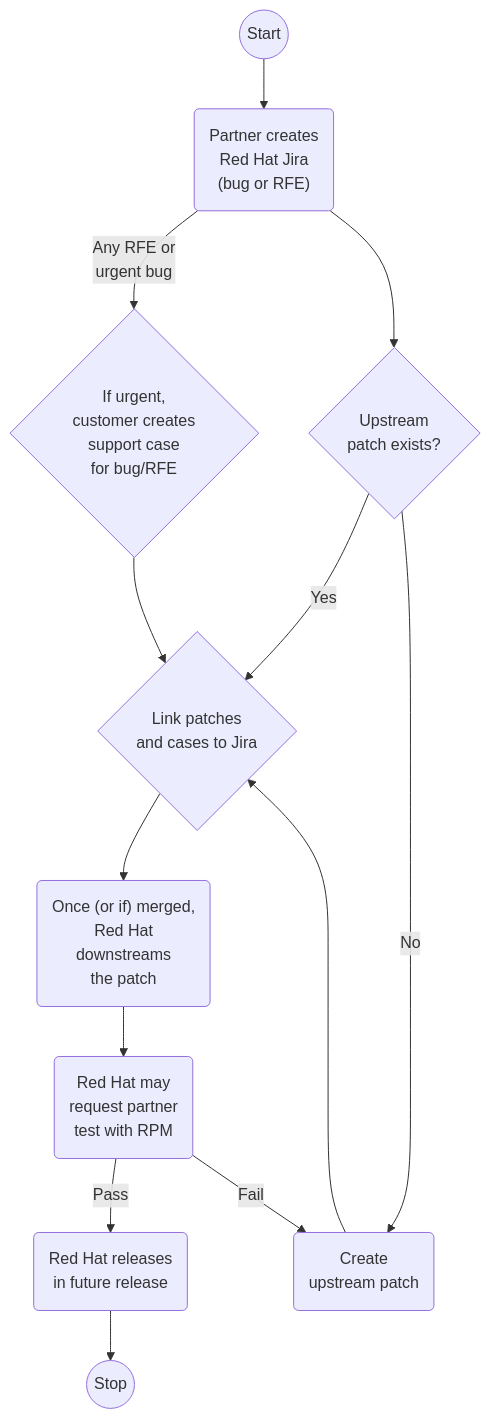
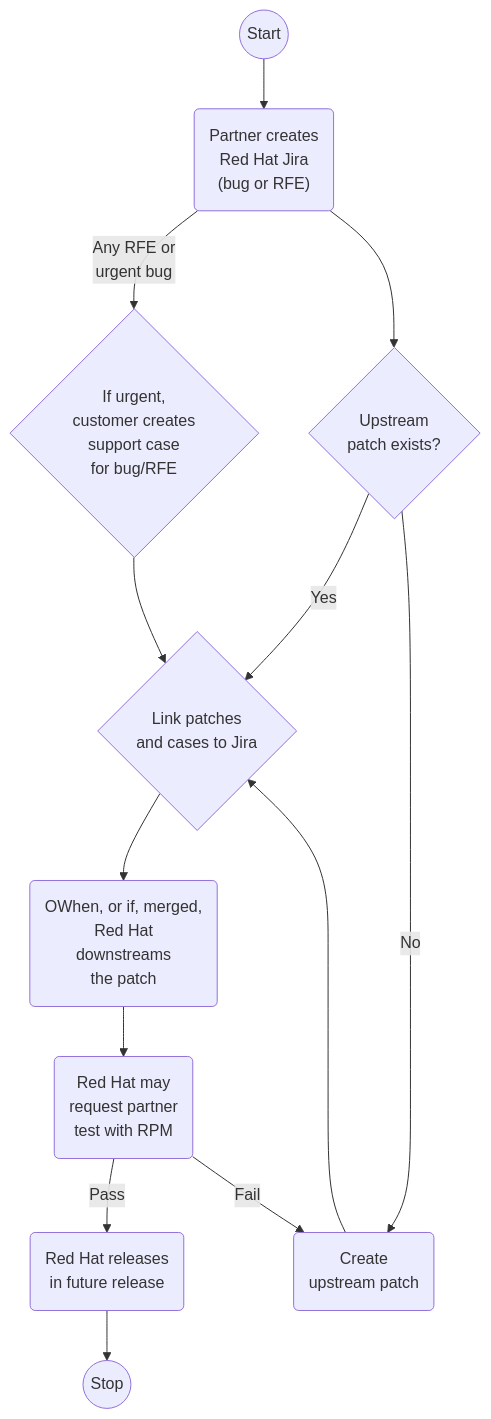
The diagram in dns/openstack-workflow.md (seanmerrow/homelab), drawn with Mermaid before and after one commit.

Commit message:
Fix typo in downstream link description

````diff
--- a/dns/openstack-workflow.md
+++ b/dns/openstack-workflow.md
@@ -3,15 +3,15 @@
 ```mermaid
 flowchart TD
     Start@{ shape: circle, label: "Start" } --> jira("Partner creates\nRed Hat Jira\n(bug or RFE)")
     jira -->|"Any RFE or\nurgent bug"| case{"If urgent,\ncustomer creates\nsupport case\n for bug/RFE"}
     jira --> patch{"Upstream\npatch exists?"}
     case --> link{"Link patches \nand cases to Jira"}
     patch -->|Yes|link
     patch -->|No|create-patch("Create\nupstream patch")
     create-patch -->link
-    link --> downstream("Once (or if) merged,\nRed Hat\ndownstreams\nthe patch")
+    link --> downstream("OWhen, or if, merged,\nRed Hat\ndownstreams\nthe patch")
     downstream --> test("Red Hat may\nrequest partner\ntest with RPM")
     test -->|Pass|release("Red Hat releases\nin future release")
     release -->Stop@{ shape: circle, label: "Stop" }
     test -->|Fail|create-patch
 ```
````
